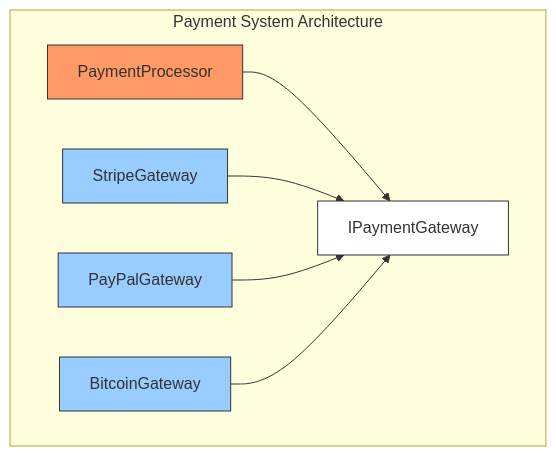
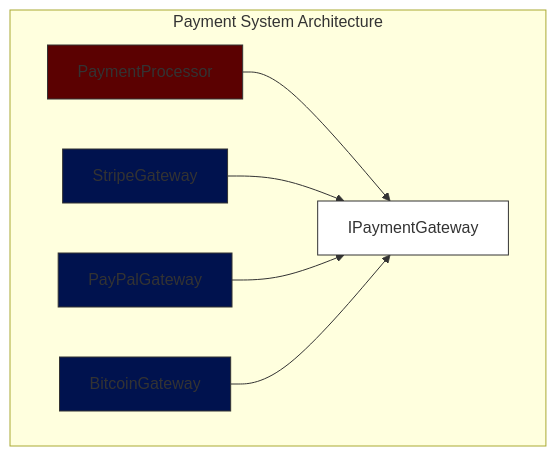
One commit to hezronkimutai/solid_principles changed the third of 3 diagrams in DIP/README.md. Above: the diagram before and after it, drawn with Mermaid. The commit also changed other lines of this file and 5 other files, not shown here.

````diff
--- a/DIP/README.md
+++ b/DIP/README.md
@@ -119,14 +119,14 @@
 ```mermaid
 graph TB
     subgraph "Payment System Architecture"
     A[PaymentProcessor] --> B[IPaymentGateway]
     C[StripeGateway] --> B
     D[PayPalGateway] --> B
     E[BitcoinGateway] --> B
-    style A fill:#f96,stroke:#333
+    style A fill:#5b0101,stroke:#333
     style B fill:#fff,stroke:#333
-    style C fill:#9cf,stroke:#333
-    style D fill:#9cf,stroke:#333
-    style E fill:#9cf,stroke:#333
+    style C fill:#00124e,stroke:#333
+    style D fill:#00124e,stroke:#333
+    style E fill:#00124e,stroke:#333
     end
 ```
````
